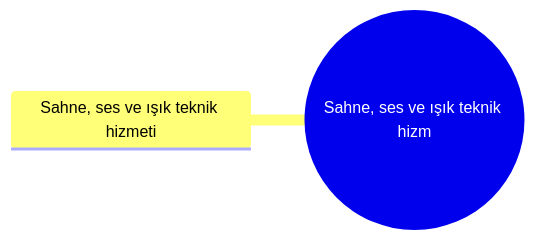
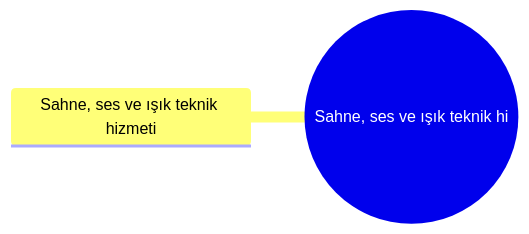
One commit to sametkarabulut-dev/xfuturepos-v2 changed the diagram in 02 İşletmeler/16 Etkinlik & Organizasyon/Sahne, ses ve ışık teknik hizmeti/Dal – Sahne, ses ve ışık teknik hizmeti.md. Above: the diagram before and after it, drawn with Mermaid. The commit also changed other lines of this file and 241 other files, not shown here.

````diff
--- a/02 İşletmeler/16 Etkinlik & Organizasyon/Sahne, ses ve ışık teknik hizmeti/Dal – Sahne, ses ve ışık teknik hizmeti.md
+++ b/02 İşletmeler/16 Etkinlik & Organizasyon/Sahne, ses ve ışık teknik hizmeti/Dal – Sahne, ses ve ışık teknik hizmeti.md
@@ -22,5 +22,5 @@
 ```mermaid
 mindmap
-  root((Sahne, ses ve ışık teknik hizm))
+  root((Sahne, ses ve ışık teknik hi))
     Sahne, ses ve ışık teknik hizmeti
 ```
````
